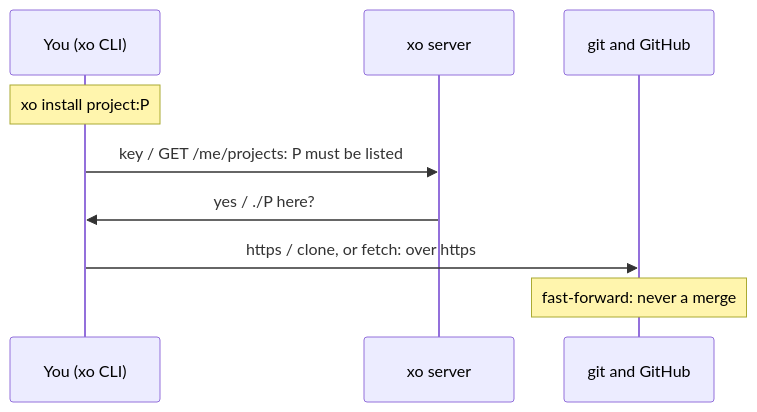
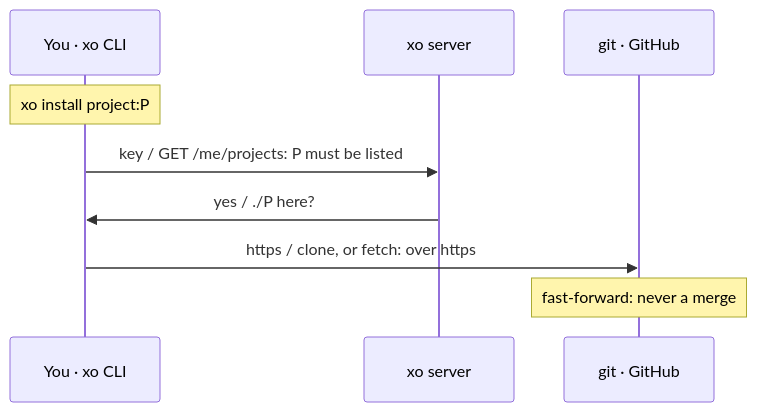
Diagram 18 of 30 in docs/architecture.md (quirq-ai/xo), drawn with Mermaid before and after one commit. The commit also changed other lines of this file and 13 other files, not shown here.

````diff
--- a/docs/architecture.md
+++ b/docs/architecture.md
@@ -360,11 +375,11 @@
 ```mermaid
 sequenceDiagram
-  participant CLI as You (xo CLI)
-  participant Server as xo server
-  participant Git as git and GitHub
-  Note over CLI: xo install project:P
-  CLI->>Server: key / GET /me/projects: P must be listed
-  Server->>CLI: yes / ./P here?
-  CLI->>Git: https / clone, or fetch: over https
+  participant Cli as You · xo CLI
+  participant Srv as xo server
+  participant Git as git · GitHub
+  Note over Cli: xo install project:P
+  Cli->>Srv: key / GET /me/projects: P must be listed
+  Srv->>Cli: yes / ./P here?
+  Cli->>Git: https / clone, or fetch: over https
   Note over Git: fast-forward: never a merge
 ```
````
